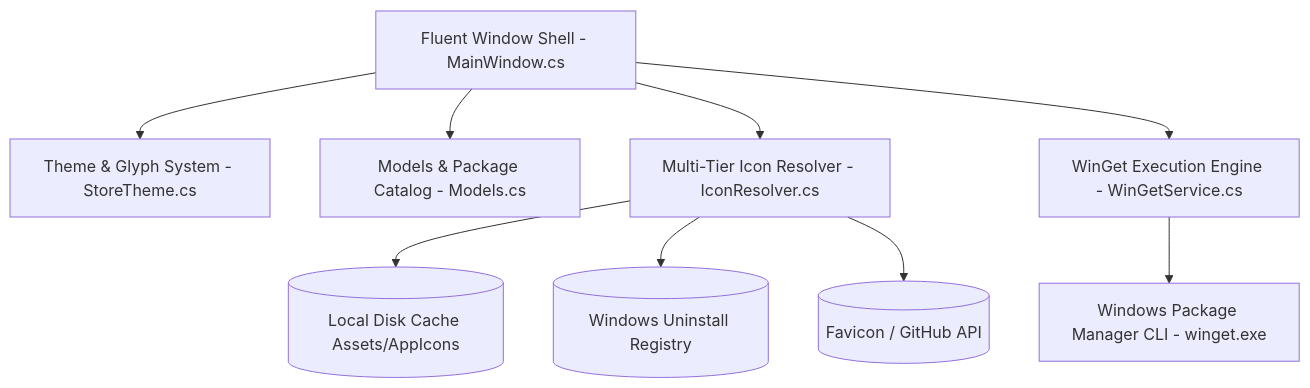
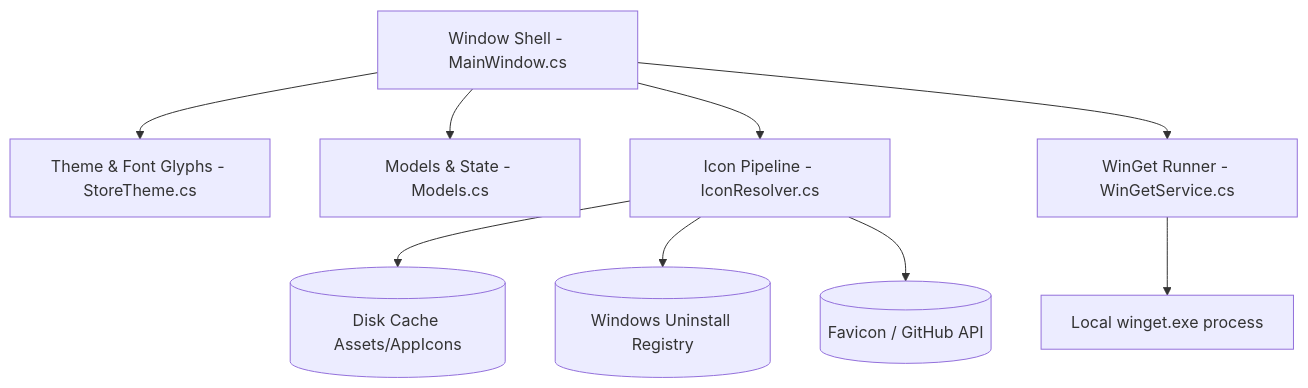
Before and after one commit to gnustella-lab/WinGetStore: the first of 2 diagrams in docs/ARCHITECTURE.md, drawn with Mermaid. The commit also changed other lines of this file and 1 other file, not shown here.

Commit message:
docs: humanize README and architecture specs, remove AI slop and marketing fluff

````diff
--- a/docs/ARCHITECTURE.md
+++ b/docs/ARCHITECTURE.md
@@ -11,12 +11,12 @@
 ```mermaid
 graph TD
-    UI[Fluent Window Shell - MainWindow.cs] --> Theme[Theme & Glyph System - StoreTheme.cs]
-    UI --> Catalog[Models & Package Catalog - Models.cs]
-    UI --> Icons[Multi-Tier Icon Resolver - IconResolver.cs]
-    UI --> Engine[WinGet Execution Engine - WinGetService.cs]
+    UI[Window Shell - MainWindow.cs] --> Theme[Theme & Font Glyphs - StoreTheme.cs]
+    UI --> Catalog[Models & State - Models.cs]
+    UI --> Icons[Icon Pipeline - IconResolver.cs]
+    UI --> Engine[WinGet Runner - WinGetService.cs]
     
-    Engine --> CLI[Windows Package Manager CLI - winget.exe]
-    Icons --> Cache[(Local Disk Cache Assets/AppIcons)]
+    Engine --> CLI[Local winget.exe process]
+    Icons --> Cache[(Disk Cache Assets/AppIcons)]
     Icons --> Reg[(Windows Uninstall Registry)]
     Icons --> Web[(Favicon / GitHub API)]
 ```
````
